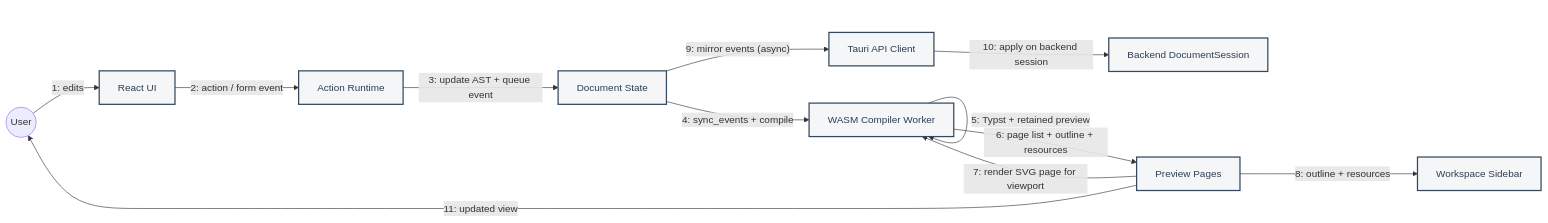
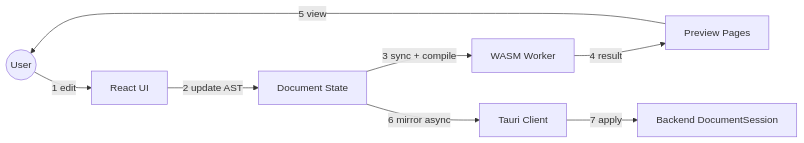
The diagram in context/collaboration-diagrams.md (andmoreduro/ergo), drawn with Mermaid before and after one commit. The commit also changed other lines of this file and 372 other files, not shown here.

````diff
--- a/context/collaboration-diagrams.md
+++ b/context/collaboration-diagrams.md
@@ -7,28 +7,17 @@
 ```mermaid
 flowchart LR
-    classDef comp fill:#f4f6f7,stroke:#34495e,stroke-width:2px,color:#2c3e50;
-
-    User(("User"))
-    UI["React UI"]
-    Actions["Action Runtime"]
-    State["Document State"]
-    Worker["WASM Compiler Worker"]
-    Preview["Preview Pages"]
-    Sidebar["Workspace Sidebar"]
-    API["Tauri API Client"]
-    Session["Backend DocumentSession"]
-
-    User -- "1: edits" --> UI
-    UI -- "2: action / form event" --> Actions
-    Actions -- "3: update AST + queue event" --> State
-    State -- "4: sync_events + compile" --> Worker
-    Worker -- "5: Typst + retained preview" --> Worker
-    Worker -- "6: page list + outline + resources" --> Preview
-    Preview -- "7: render SVG page for viewport" --> Worker
-    Preview -- "8: outline + resources" --> Sidebar
-    State -- "9: mirror events (async)" --> API
-    API -- "10: apply on backend session" --> Session
-    Preview -- "11: updated view" --> User
-
-    class UI,Actions,State,Worker,Preview,Sidebar,API,Session comp;
+    User((User))
+    UI[React UI]
+    State[Document State]
+    Worker[WASM Worker]
+    Preview[Preview Pages]
+    API[Tauri Client]
+    Session[Backend DocumentSession]
+    User -- 1 edit --> UI
+    UI -- 2 update AST --> State
+    State -- 3 sync + compile --> Worker
+    Worker -- 4 result --> Preview
+    Preview -- 5 view --> User
+    State -- 6 mirror async --> API
+    API -- 7 apply --> Session
 ```
````
